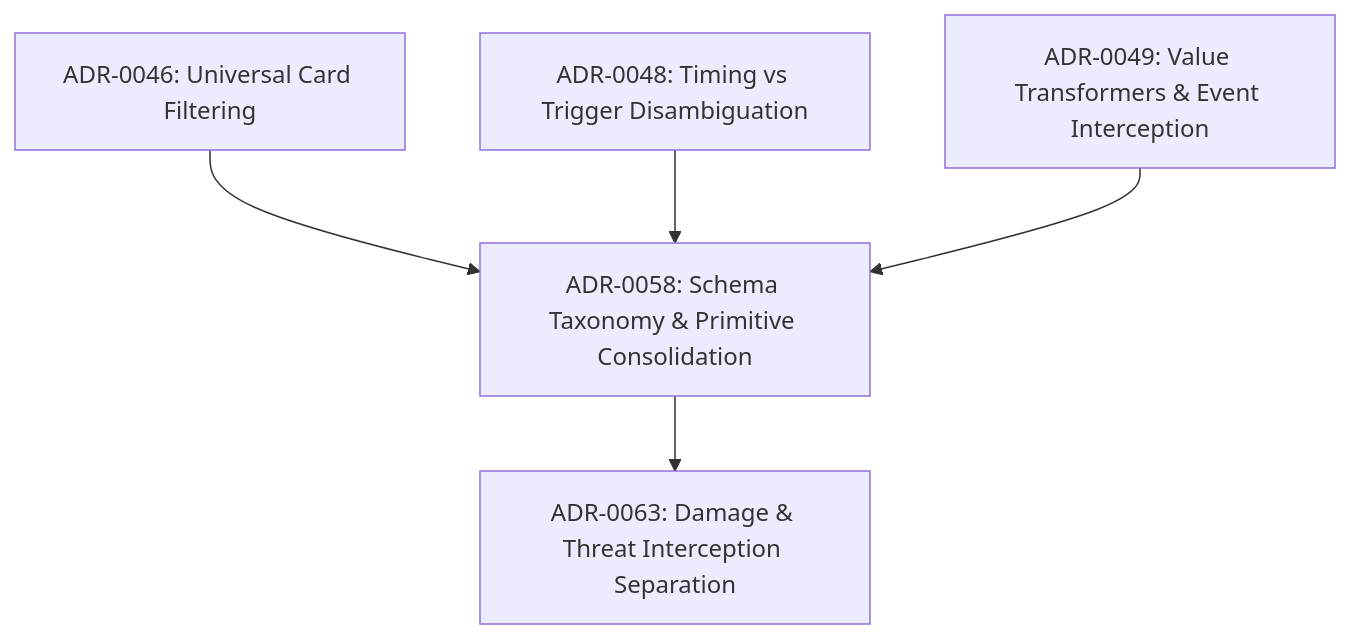
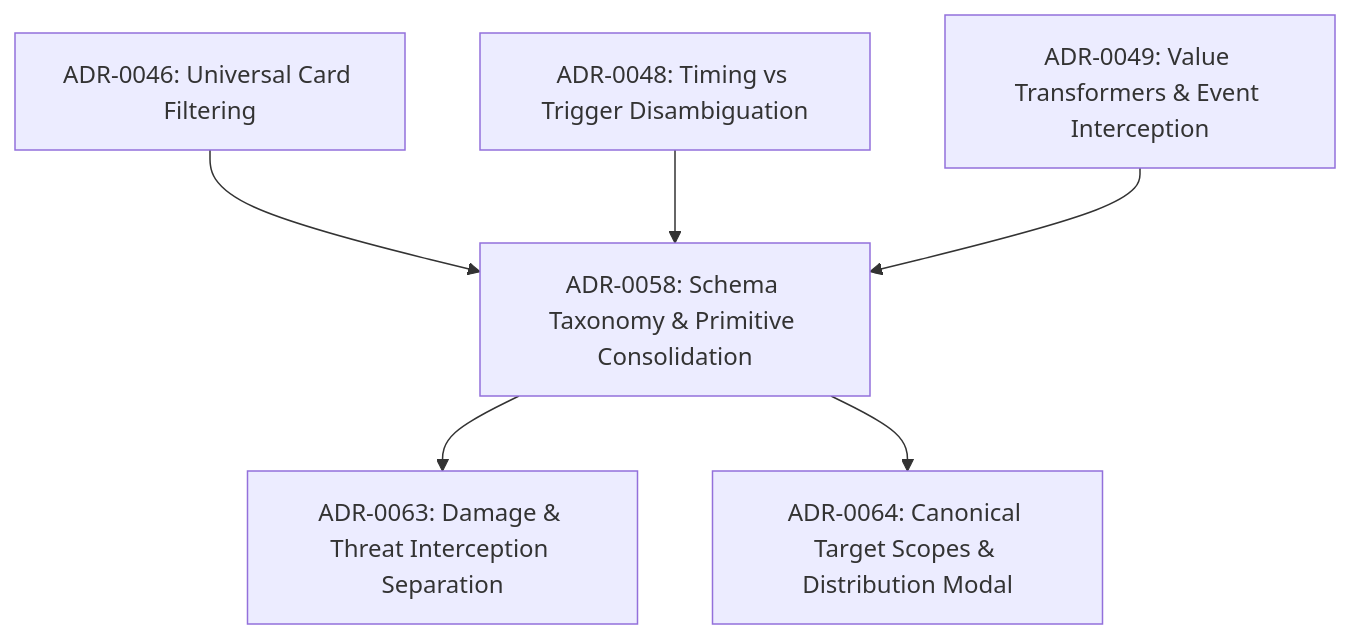
One commit to SteveRodrigue/MCD changed the fourth of 5 diagrams in docs/decisions/README.md. Above: the diagram before and after it, drawn with Mermaid. The commit also changed other lines of this file and 14 other files, not shown here.

Commit message:
feat(engine,schema): canonical target scopes, form invariants, and ADR-0064

````diff
--- a/docs/decisions/README.md
+++ b/docs/decisions/README.md
@@ -51,7 +51,8 @@
 ```mermaid
 graph TD
     ADR46["ADR-0046: Universal Card Filtering"] --> ADR58["ADR-0058: Schema Taxonomy & Primitive Consolidation"]
     ADR48["ADR-0048: Timing vs Trigger Disambiguation"] --> ADR58
     ADR49["ADR-0049: Value Transformers & Event Interception"] --> ADR58
     ADR58 --> ADR63["ADR-0063: Damage & Threat Interception Separation"]
+    ADR58 --> ADR64["ADR-0064: Canonical Target Scopes & Distribution Modal"]
 ```
````
